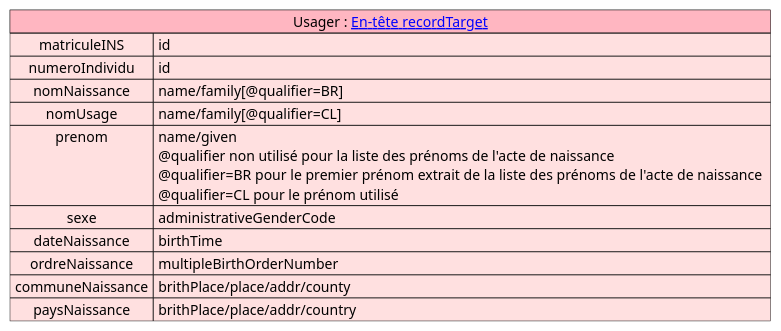
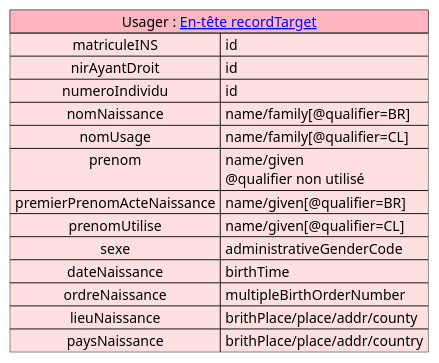
Before and after one commit to ansforge/IG-fhir-transfert-donnees-dui-esms: the diagram in input/images-source/mapping_usager.plantuml, drawn with PlantUML. The commit also changed 4 other files, not shown here.

```diff
--- a/input/images-source/mapping_usager.plantuml
+++ b/input/images-source/mapping_usager.plantuml
@@ -1,17 +1,20 @@
 @startuml
 
 
 map "Usager : [[contenu_dossier_entete_cda.html En-tête recordTarget]]" as Usager #back:IMPLEMENTATION;header:LightPink {
     matriculeINS => id
+    nirAyantDroit => id
     numeroIndividu => id
     nomNaissance => name/family[@qualifier=BR]
     nomUsage => name/family[@qualifier=CL]
-    prenom => name/given \n@qualifier non utilisé pour la liste des prénoms de l'acte de naissance \n@qualifier=BR pour le premier prénom extrait de la liste des prénoms de l'acte de naissance \n@qualifier=CL pour le prénom utilisé
-    sexe=> administrativeGenderCode
+    prenom => name/given \n@qualifier non utilisé
+    premierPrenomActeNaissance  => name/given[@qualifier=BR]
+    prenomUtilise => name/given[@qualifier=CL]
+    sexe => administrativeGenderCode
     dateNaissance => birthTime
     ordreNaissance => multipleBirthOrderNumber
-    communeNaissance => brithPlace/place/addr/county
+    lieuNaissance => brithPlace/place/addr/county
     paysNaissance => brithPlace/place/addr/country
 }
 
 @enduml
```
